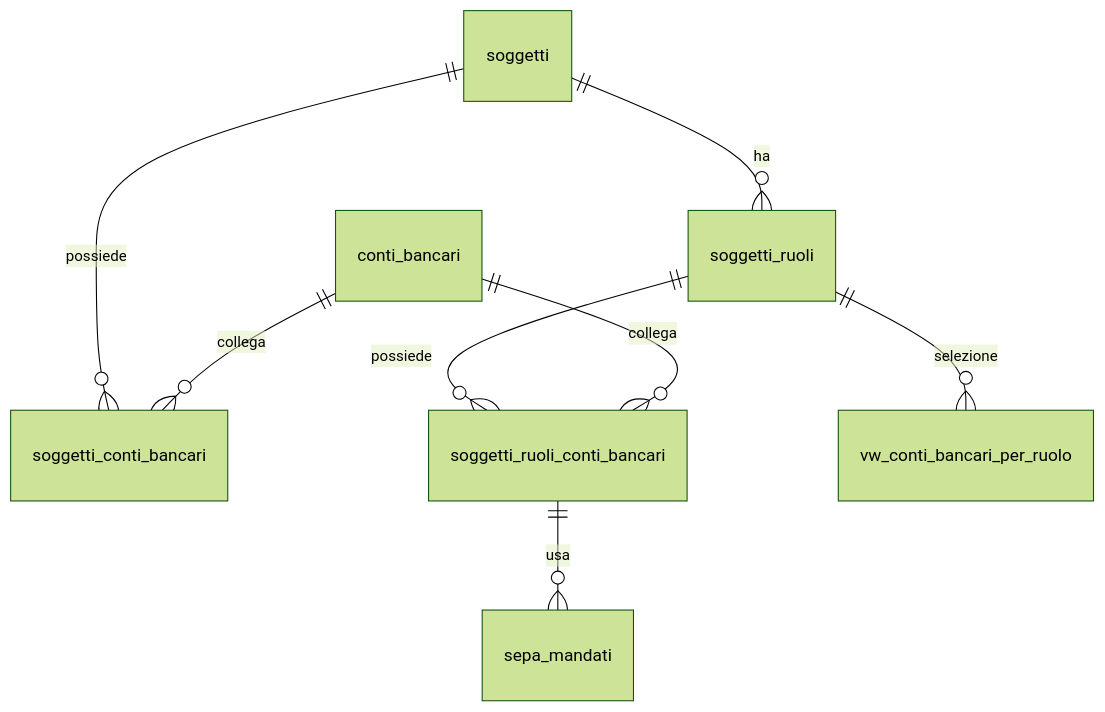
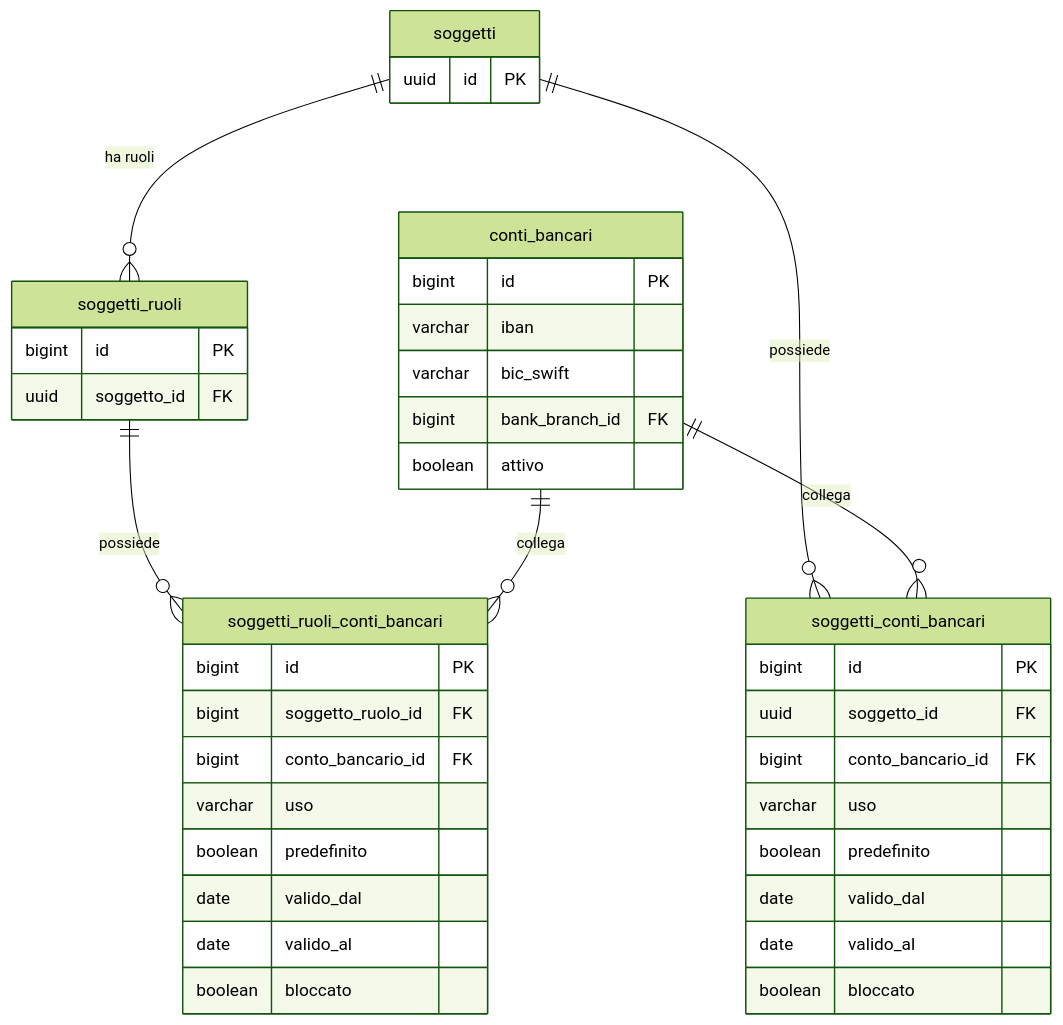
Before and after one commit to Tito-it/ZeroErp: the first of 2 diagrams in docs/it/guide/gestione-conti-bancari.md, drawn with Mermaid (forest theme). The commit also changed other lines of this file and 5 other files, not shown here.

````diff
--- a/docs/it/guide/gestione-conti-bancari.md
+++ b/docs/it/guide/gestione-conti-bancari.md
@@ -166,11 +419,47 @@
 ```mermaid
-%%{init: {'er': {'layoutDirection': 'TB'}}}%%
 erDiagram
-    soggetti ||--o{ soggetti_ruoli : ha
-    soggetti ||--o{ soggetti_conti_bancari : possiede
-    conti_bancari ||--o{ soggetti_conti_bancari : collega
-    soggetti_ruoli ||--o{ soggetti_ruoli_conti_bancari : possiede
-    soggetti_ruoli ||--o{ vw_conti_bancari_per_ruolo : selezione
-    soggetti_ruoli_conti_bancari ||--o{ sepa_mandati : usa
-    conti_bancari ||--o{ soggetti_ruoli_conti_bancari : collega
+    soggetti {
+        uuid id PK
+    }
+
+    soggetti_ruoli {
+        bigint id PK
+        uuid soggetto_id FK
+    }
+
+    conti_bancari {
+        bigint id PK
+        varchar iban
+        varchar bic_swift
+        bigint bank_branch_id FK
+        boolean attivo
+    }
+
+    soggetti_conti_bancari {
+        bigint id PK
+        uuid soggetto_id FK
+        bigint conto_bancario_id FK
+        varchar uso
+        boolean predefinito
+        date valido_dal
+        date valido_al
+        boolean bloccato
+    }
+
+    soggetti_ruoli_conti_bancari {
+        bigint id PK
+        bigint soggetto_ruolo_id FK
+        bigint conto_bancario_id FK
+        varchar uso
+        boolean predefinito
+        date valido_dal
+        date valido_al
+        boolean bloccato
+    }
+
+    soggetti ||--o{ soggetti_ruoli : "ha ruoli"
+    soggetti ||--o{ soggetti_conti_bancari : "possiede"
+    conti_bancari ||--o{ soggetti_conti_bancari : "collega"
+    soggetti_ruoli ||--o{ soggetti_ruoli_conti_bancari : "possiede"
+    conti_bancari ||--o{ soggetti_ruoli_conti_bancari : "collega"
 ```
````
